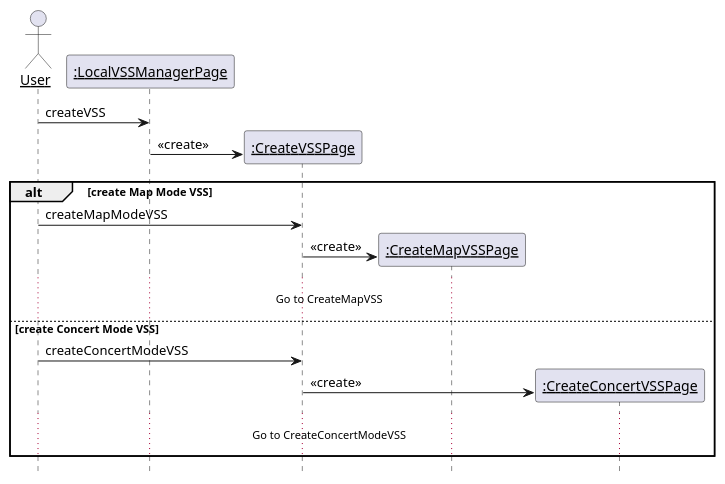
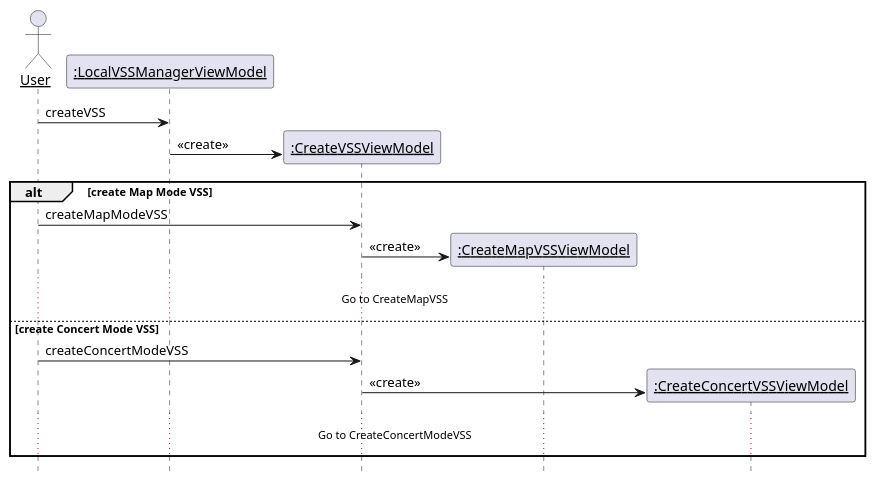
The tenth of 26 diagrams in 设计/顺序图.md (kpp19920121/doc), drawn with PlantUML before and after one commit. The commit also changed other lines of this file and 3 other files, not shown here.

````diff
--- a/设计/顺序图.md
+++ b/设计/顺序图.md
@@ -276,28 +290,28 @@
 ```PlantUML
 @startuml Diagrams/CreateVSS
 hide footbox
 skinparam sequenceParticipant underline
 
 actor User as user
-participant ":LocalVSSManagerPage" as manage
-participant ":CreateVSSPage" as page
-participant ":CreateMapVSSPage" as map
-participant ":CreateConcertVSSPage" as concert
+participant ":LocalVSSManagerViewModel" as manage
+participant ":CreateVSSViewModel" as page
+participant ":CreateMapVSSViewModel" as map
+participant ":CreateConcertVSSViewModel" as concert
 
 user -> manage: createVSS
 create page
 manage -> page: <<create>>
 alt create Map Mode VSS
     user -> page: createMapModeVSS
     create map
     page -> map: <<create>>
     ...Go to CreateMapVSS...
 else create Concert Mode VSS
     user -> page: createConcertModeVSS
     create concert
     page -> concert: <<create>>
     ...Go to CreateConcertModeVSS...
 end
 
 @enduml
 ```
````
